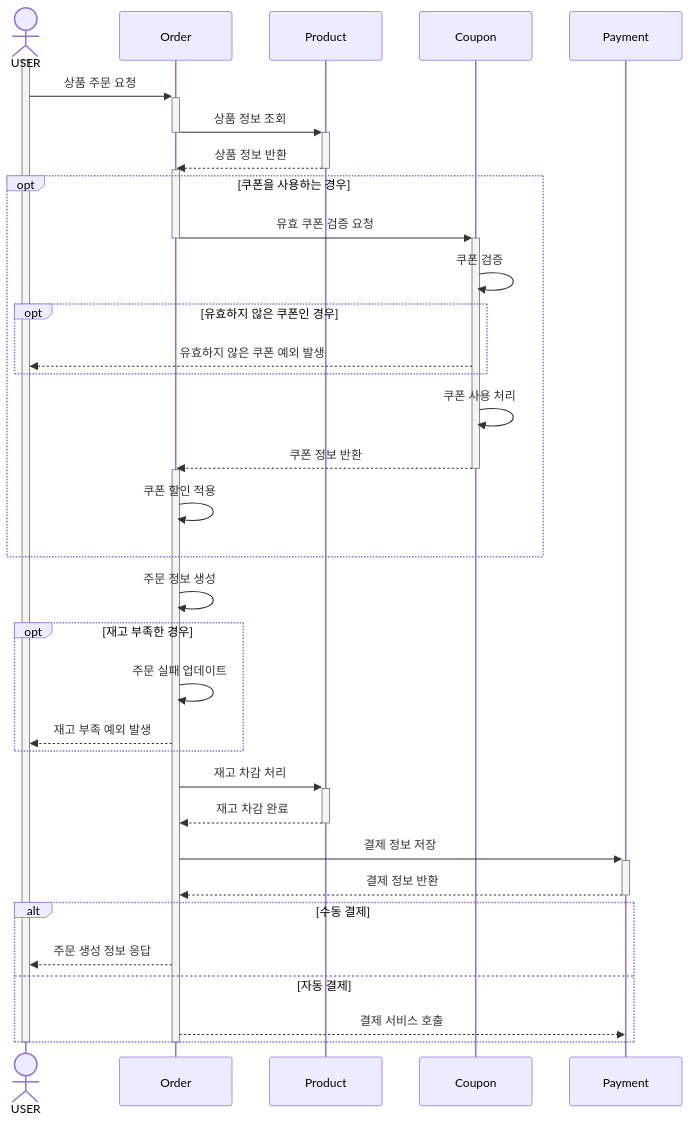
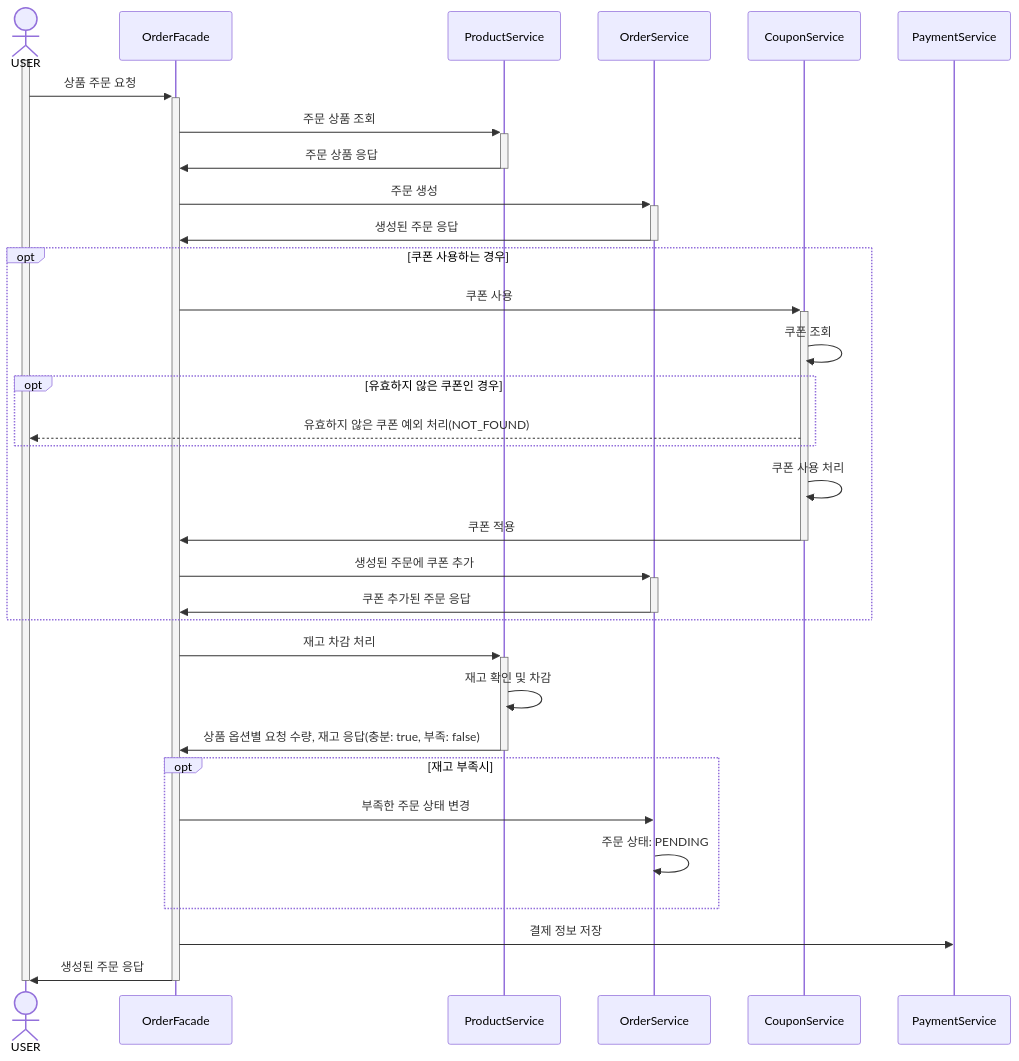
The fourth of 7 diagrams in docs/requirements-analysis/sequence-diagram.md (ch00kh/e-commerce-sercvice), drawn with Mermaid before and after one commit. The commit also changed other lines of this file, not shown here.

Commit message:
docs: 문서 수정(order, payment)

````diff
--- a/docs/requirements-analysis/sequence-diagram.md
+++ b/docs/requirements-analysis/sequence-diagram.md
@@ -78,46 +78,36 @@
 ```mermaid
 sequenceDiagram
   actor USER
-  participant Order
-  participant Product
-  participant Coupon
-  participant Payment
+  participant OrderFacade
+  participant ProductService
+  participant OrderService
+  participant CouponService
 
   activate USER
-  USER ->>+ Order: 상품 주문 요청
-  Order ->>+ Product: 상품 정보 조회
-  deactivate Order
-  Product -->>- Order: 상품 정보 반환
-  activate Order
-  opt 쿠폰을 사용하는 경우
-    Order ->>+ Coupon: 유효 쿠폰 검증 요청
-    deactivate Order
-    Coupon ->> Coupon: 쿠폰 검증
+  USER ->>+ OrderFacade: 상품 주문 요청
+  OrderFacade ->>+ ProductService: 주문 상품 조회
+  ProductService ->>- OrderFacade: 주문 상품 응답
+  OrderFacade ->>+ OrderService: 주문 생성
+  OrderService->>- OrderFacade: 생성된 주문 응답
+  opt 쿠폰 사용하는 경우
+    OrderFacade ->>+ CouponService: 쿠폰 사용
+    CouponService ->> CouponService: 쿠폰 조회
     opt 유효하지 않은 쿠폰인 경우
-      Coupon -->> USER: 유효하지 않은 쿠폰 예외 발생
+      CouponService -->> USER: 유효하지 않은 쿠폰 예외 처리(NOT_FOUND)  
     end
-    Coupon ->> Coupon: 쿠폰 사용 처리
-    Coupon -->>- Order: 쿠폰 정보 반환
-    activate Order
-    Order ->> Order: 쿠폰 할인 적용
+    CouponService ->> CouponService: 쿠폰 사용 처리 
+    CouponService ->>- OrderFacade: 쿠폰 적용
+    OrderFacade ->>+ OrderService: 생성된 주문에 쿠폰 추가
+    OrderService ->>- OrderFacade: 쿠폰 추가된 주문 응답
   end
-  
-  Order ->> Order: 주문 정보 생성
-
-  opt 재고 부족한 경우
-    Order ->> Order: 주문 실패 업데이트
-    Order -->> USER: 재고 부족 예외 발생
+  OrderFacade ->>+ ProductService: 재고 차감 처리
+  ProductService ->> ProductService: 재고 확인 및 차감 
+  ProductService ->>- OrderFacade: 상품 옵션별 요청 수량, 재고 응답(충분: true, 부족: false)
+  opt 재고 부족시
+    OrderFacade ->> OrderService: 부족한 주문 상태 변경
+    OrderService ->> OrderService: 주문 상태: PENDING
   end
-  Order ->>+ Product: 재고 차감 처리
-  Product -->>- Order: 재고 차감 완료
-  Order ->>+ Payment: 결제 정보 저장
-  Payment -->>- Order: 결제 정보 반환
-  
-  alt 수동 결제
-    Order -->> USER: 주문 생성 정보 응답
-  else 자동 결제
-    Order -->> Payment: 결제 서비스 호출
-  end
-  deactivate Order
+  OrderFacade ->> PaymentService: 결제 정보 저장
+  OrderFacade ->>- USER: 생성된 주문 응답
   deactivate USER
 ```
````
